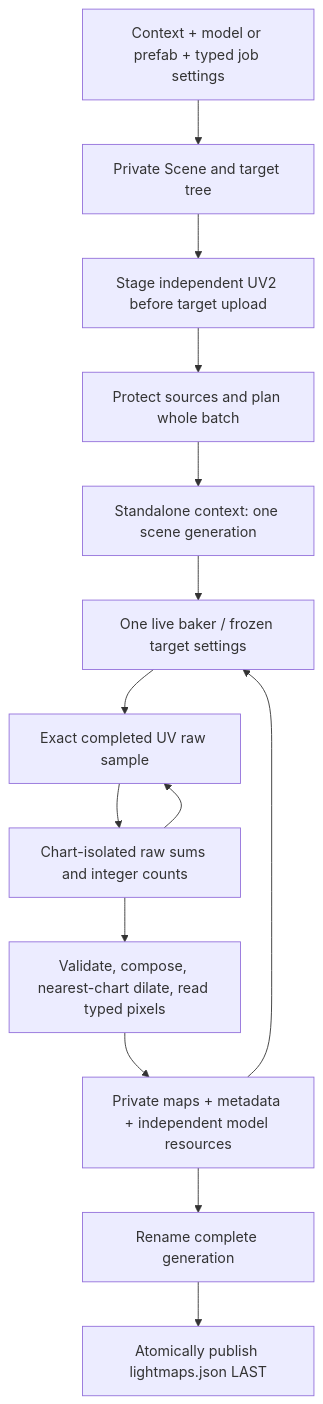
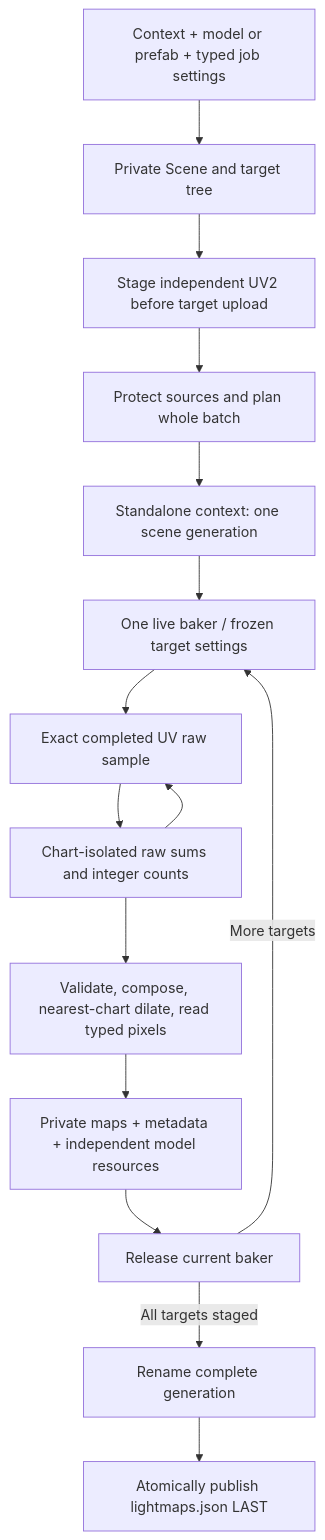
The diagram in doc/architecture/draw_standalone_lightmaps.md (ferserc1/bg2e-native), drawn with Mermaid before and after one commit. The commit also changed 124 other files, not shown here.

````diff
--- a/doc/architecture/draw_standalone_lightmaps.md
+++ b/doc/architecture/draw_standalone_lightmaps.md
@@ -9,16 +9,17 @@
 ```mermaid
 flowchart TD
     Inputs[Context + model or prefab + typed job settings] --> Assembly[Private Scene and target tree]
     Assembly --> UV[Stage independent UV2 before target upload]
     UV --> Plan[Protect sources and plan whole batch]
     Plan --> Context[Standalone context: one scene generation]
     Context --> Job[One live baker / frozen target settings]
     Job --> Sample[Exact completed UV raw sample]
     Sample --> Accumulate[Chart-isolated raw sums and integer counts]
     Accumulate --> Sample
     Accumulate --> Final[Validate, compose, nearest-chart dilate, read typed pixels]
     Final --> Stage[Private maps + metadata + independent model resources]
-    Stage --> Job
-    Stage --> Generation[Rename complete generation]
+    Stage --> Release[Release current baker]
+    Release -->|More targets| Job
+    Release -->|All targets staged| Generation[Rename complete generation]
     Generation --> Manifest[Atomically publish lightmaps.json LAST]
 ```
````
